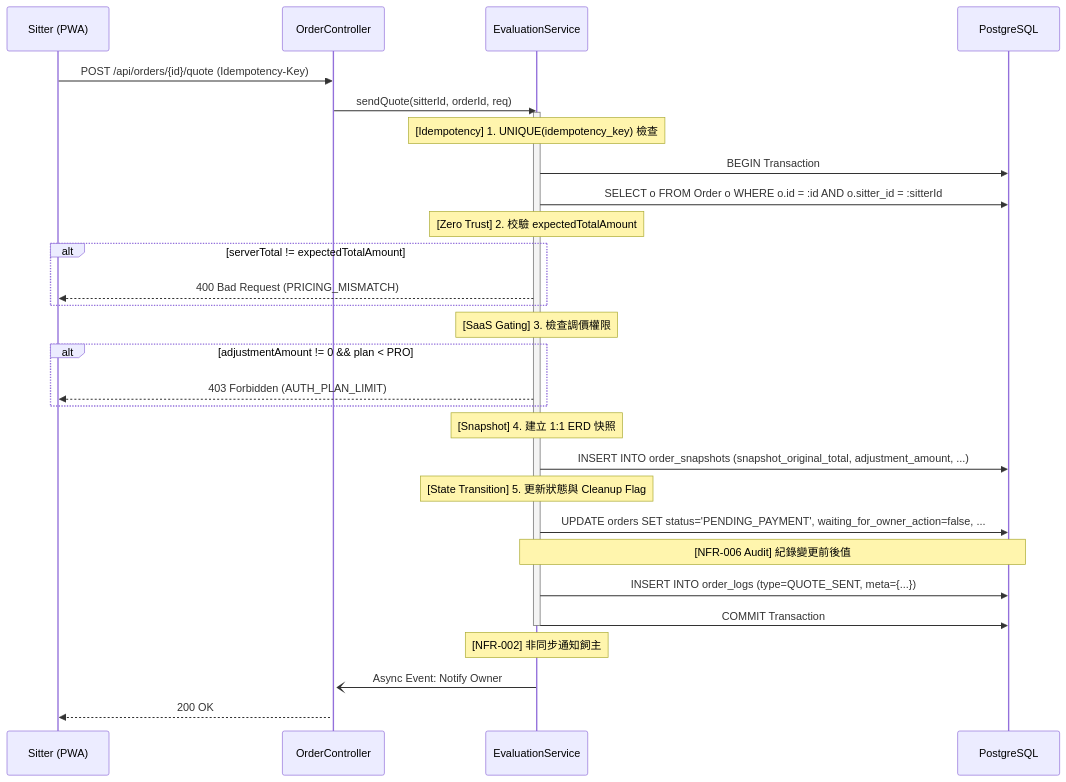
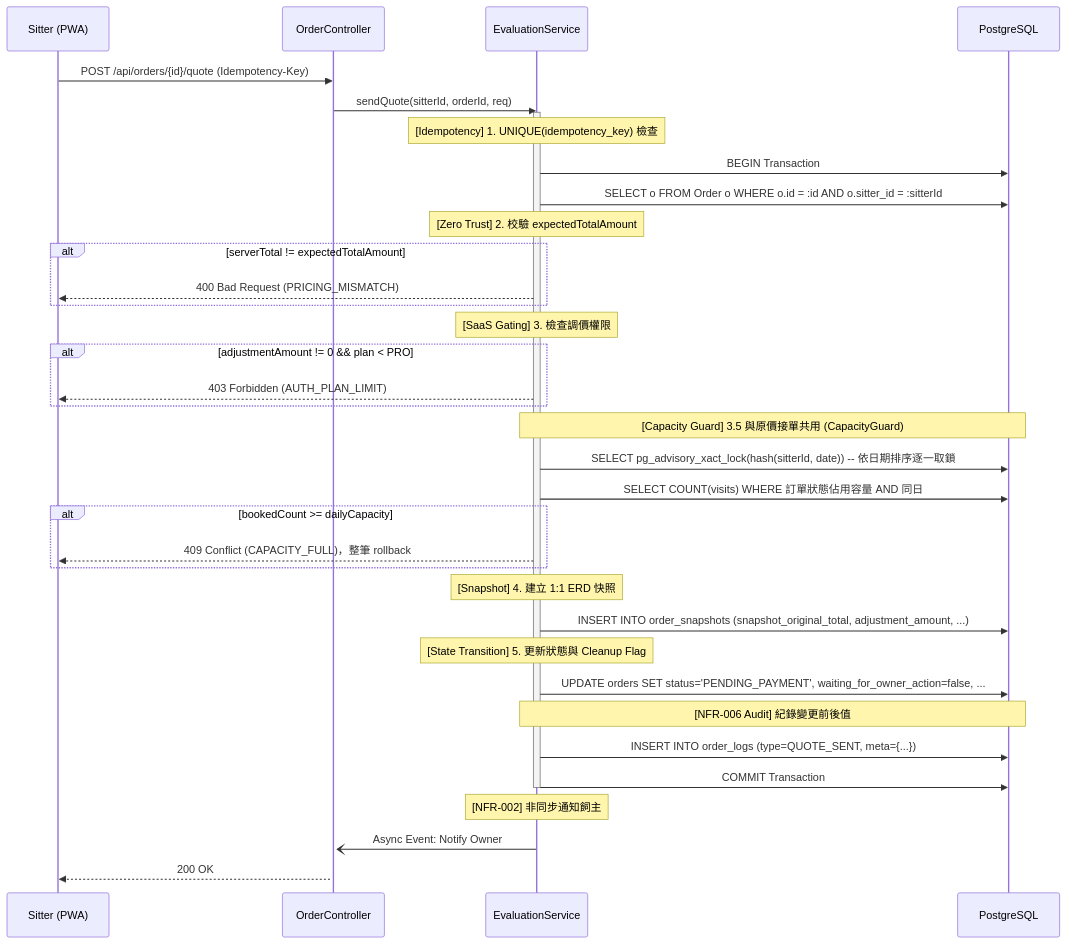
The diagram in docs/sd/SD-006-order-evaluation.md (willchiangch/cat-sitter-project), drawn with Mermaid before and after one commit. The commit also changed other lines of this file and 7 other files, not shown here.

Commit message:
fix: 議價報價 sendQuote 補上與原價接單相同的 advisory lock + 每日容量檢查（抽共用 CapacityGuard），修正保母先原價接滿再用報價接同日單的超賣

````diff
--- a/docs/sd/SD-006-order-evaluation.md
+++ b/docs/sd/SD-006-order-evaluation.md
@@ -58,43 +59,50 @@
 ```mermaid
 sequenceDiagram
     participant S as Sitter (PWA)
     participant API as OrderController
     participant SVC as EvaluationService
     participant DB as PostgreSQL
 
     S->>API: POST /api/orders/{id}/quote (Idempotency-Key)
     API->>SVC: sendQuote(sitterId, orderId, req)
     
     activate SVC
     Note over SVC: [Idempotency] 1. UNIQUE(idempotency_key) 檢查
     
     SVC->>DB: BEGIN Transaction
     
     SVC->>DB: SELECT o FROM Order o WHERE o.id = :id AND o.sitter_id = :sitterId
     
     Note over SVC: [Zero Trust] 2. 校驗 expectedTotalAmount
     alt serverTotal != expectedTotalAmount
         SVC-->>S: 400 Bad Request (PRICING_MISMATCH)
     end
 
     Note over SVC: [SaaS Gating] 3. 檢查調價權限
     alt adjustmentAmount != 0 && plan < PRO
         SVC-->>S: 403 Forbidden (AUTH_PLAN_LIMIT)
     end
 
+    Note over SVC, DB: [Capacity Guard] 3.5 與原價接單共用 (CapacityGuard)
+    SVC->>DB: SELECT pg_advisory_xact_lock(hash(sitterId, date)) -- 依日期排序逐一取鎖
+    SVC->>DB: SELECT COUNT(visits) WHERE 訂單狀態佔用容量 AND 同日
+    alt bookedCount >= dailyCapacity
+        SVC-->>S: 409 Conflict (CAPACITY_FULL)，整筆 rollback
+    end
+
     Note over SVC: [Snapshot] 4. 建立 1:1 ERD 快照
     SVC->>DB: INSERT INTO order_snapshots (snapshot_original_total, adjustment_amount, ...)
     
     Note over SVC: [State Transition] 5. 更新狀態與 Cleanup Flag
     SVC->>DB: UPDATE orders SET status='PENDING_PAYMENT', waiting_for_owner_action=false, ...
     
     Note over SVC, DB: [NFR-006 Audit] 紀錄變更前後值
     SVC->>DB: INSERT INTO order_logs (type=QUOTE_SENT, meta={...})
     
     SVC->>DB: COMMIT Transaction
     deactivate SVC
     
     Note over SVC: [NFR-002] 非同步通知飼主
     SVC-)+API: Async Event: Notify Owner
     API-->>S: 200 OK
 ```
````
